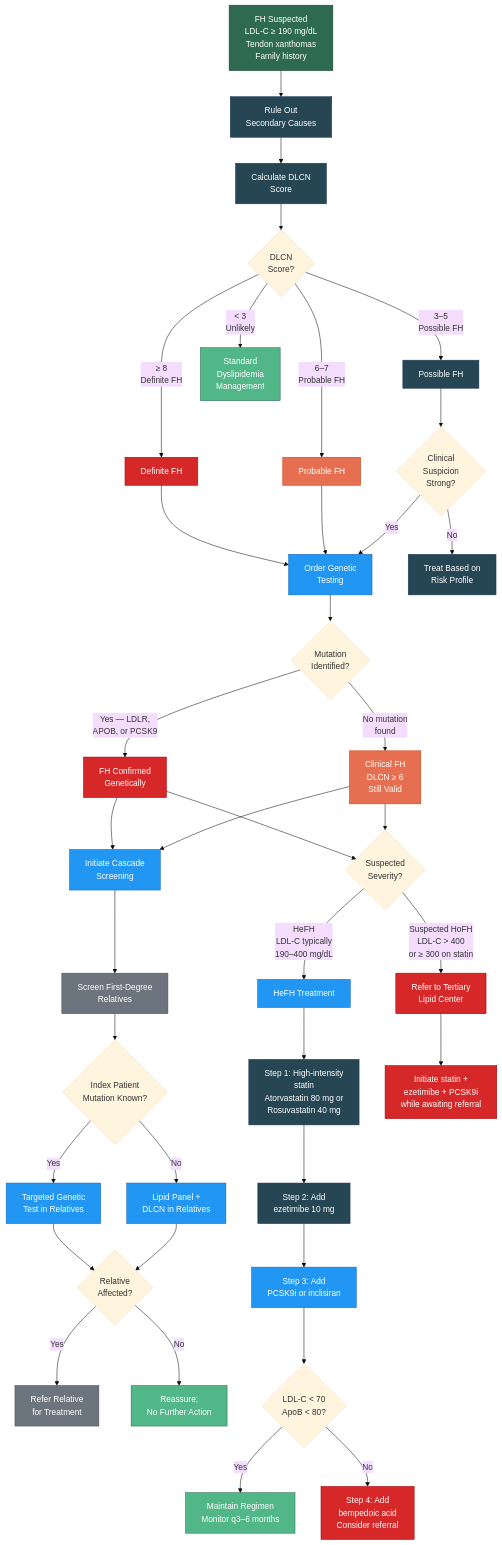
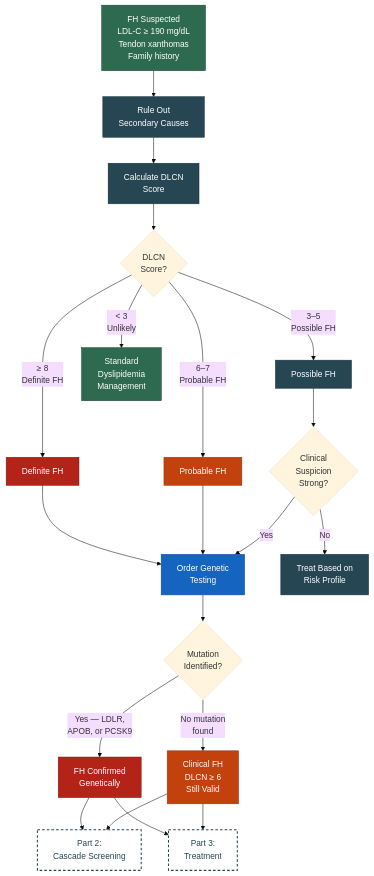
One commit to gkoromia/sandusky-dyslipidemia-model changed the first of 3 diagrams in docs/workflows/fh-pathway-flow.md. Above: the diagram before and after it, drawn with Mermaid (base theme). The commit also changed other lines of this file and 9 other files, not shown here.

First line of the commit message:
Make workflow diagrams readable and polish site navigation

````diff
--- a/docs/workflows/fh-pathway-flow.md
+++ b/docs/workflows/fh-pathway-flow.md
@@ -16,61 +22,38 @@
 ```mermaid
 flowchart TD
-    classDef entry fill:#2d6a4f,stroke:#1b4332,color:#ffffff
-    classDef assess fill:#264653,stroke:#1d3557,color:#ffffff
-    classDef caution fill:#e76f51,stroke:#c1440e,color:#ffffff
-    classDef urgent fill:#d62828,stroke:#9d0208,color:#ffffff
-    classDef admin fill:#6c757d,stroke:#495057,color:#ffffff
-    classDef outcome fill:#2196F3,stroke:#1565C0,color:#ffffff
-    classDef success fill:#52b788,stroke:#2d6a4f,color:#ffffff
+    classDef entry fill:#2d6a4f,stroke:#1b4332,color:#fff
+    classDef assess fill:#264653,stroke:#16303a,color:#fff
+    classDef treat fill:#1565c0,stroke:#0d47a1,color:#fff
+    classDef caution fill:#c2410c,stroke:#9a3412,color:#fff
+    classDef urgent fill:#b42318,stroke:#7a1a12,color:#fff
+    classDef admin fill:#5f6770,stroke:#454c53,color:#fff
+    classDef link fill:#fff,stroke:#264653,stroke-width:2px,stroke-dasharray:5 4,color:#264653
 
-    TRIGGER[FH Suspected\nLDL-C ≥ 190 mg/dL\nTendon xanthomas\nFamily history]:::entry
+    TRIGGER[FH Suspected<br>LDL-C ≥ 190 mg/dL<br>Tendon xanthomas<br>Family history]:::entry
 
-    TRIGGER --> SECONDARY[Rule Out\nSecondary Causes]:::assess
-    SECONDARY --> DLCN[Calculate DLCN\nScore]:::assess
+    TRIGGER --> SECONDARY[Rule Out<br>Secondary Causes]:::assess
+    SECONDARY --> DLCN[Calculate DLCN<br>Score]:::assess
 
-    DLCN --> SCORE{DLCN\nScore?}
+    DLCN --> SCORE{DLCN<br>Score?}
 
-    SCORE -->|≥ 8\nDefinite FH| DEFINITE[Definite FH]:::urgent
-    SCORE -->|6–7\nProbable FH| PROBABLE[Probable FH]:::caution
-    SCORE -->|3–5\nPossible FH| POSSIBLE[Possible FH]:::assess
-    SCORE -->|< 3\nUnlikely| STANDARD[Standard\nDyslipidemia\nManagement]:::success
+    SCORE -->|≥ 8<br>Definite FH| DEFINITE[Definite FH]:::urgent
+    SCORE -->|6–7<br>Probable FH| PROBABLE[Probable FH]:::caution
+    SCORE -->|3–5<br>Possible FH| POSSIBLE[Possible FH]:::assess
+    SCORE -->|"&lt; 3<br>Unlikely"| STANDARD[Standard<br>Dyslipidemia<br>Management]:::entry
 
-    DEFINITE --> GENETIC[Order Genetic\nTesting]:::outcome
+    DEFINITE --> GENETIC[Order Genetic<br>Testing]:::treat
     PROBABLE --> GENETIC
-    POSSIBLE --> CONSIDER{Clinical\nSuspicion\nStrong?}
+    POSSIBLE --> CONSIDER{Clinical<br>Suspicion<br>Strong?}
     CONSIDER -->|Yes| GENETIC
-    CONSIDER -->|No| TREATPOSS[Treat Based on\nRisk Profile]:::assess
+    CONSIDER -->|No| TREATPOSS[Treat Based on<br>Risk Profile]:::assess
 
-    GENETIC --> RESULT{Mutation\nIdentified?}
+    GENETIC --> RESULT{Mutation<br>Identified?}
 
-    RESULT -->|Yes — LDLR,\nAPOB, or PCSK9| CONFIRMED[FH Confirmed\nGenetically]:::urgent
-    RESULT -->|No mutation\nfound| CLINICAL[Clinical FH\nDLCN ≥ 6\nStill Valid]:::caution
+    RESULT -->|Yes — LDLR,<br>APOB, or PCSK9| CONFIRMED[FH Confirmed<br>Genetically]:::urgent
+    RESULT -->|No mutation<br>found| CLINICAL[Clinical FH<br>DLCN ≥ 6<br>Still Valid]:::caution
 
-    CONFIRMED --> CASCADE[Initiate Cascade\nScreening]:::outcome
-    CLINICAL --> CASCADE
-
-    CASCADE --> FAMILY[Screen First-Degree\nRelatives]:::admin
-    FAMILY --> FAMMETHOD{Index Patient\nMutation Known?}
-    FAMMETHOD -->|Yes| TARGETED[Targeted Genetic\nTest in Relatives]:::outcome
-    FAMMETHOD -->|No| LIPIDSCREEN[Lipid Panel +\nDLCN in Relatives]:::outcome
-
-    TARGETED --> FAMRESULT{Relative\nAffected?}
-    LIPIDSCREEN --> FAMRESULT
-    FAMRESULT -->|Yes| FAMREFER[Refer Relative\nfor Treatment]:::admin
-    FAMRESULT -->|No| FAMCLEAR[Reassure;\nNo Further Action]:::success
-
-    CONFIRMED --> SEVERITY{Suspected\nSeverity?}
-    CLINICAL --> SEVERITY
-
-    SEVERITY -->|HeFH\nLDL-C typically\n190–400 mg/dL| HEFH_TX[HeFH Treatment]:::outcome
-    SEVERITY -->|Suspected HoFH\nLDL-C > 400\nor ≥ 300 on statin| HOFH[Refer to Tertiary\nLipid Center]:::urgent
-
-    HEFH_TX --> TX1[Step 1: High-intensity\nstatin\nAtorvastatin 80 mg or\nRosuvastatin 40 mg]:::assess
-    TX1 --> TX2[Step 2: Add\nezetimibe 10 mg]:::assess
-    TX2 --> TX3[Step 3: Add\nPCSK9i or inclisiran]:::outcome
-    TX3 --> GOAL{LDL-C < 70\nApoB < 80?}
-    GOAL -->|Yes| MAINTAIN[Maintain Regimen\nMonitor q3–6 months]:::success
-    GOAL -->|No| TX4[Step 4: Add\nbempedoic acid\nConsider referral]:::urgent
-
-    HOFH --> HOFH_INIT[Initiate statin +\nezetimibe + PCSK9i\nwhile awaiting referral]:::urgent
+    CONFIRMED --> P2[Part 2:<br>Cascade Screening]:::link
+    CONFIRMED --> P3[Part 3:<br>Treatment]:::link
+    CLINICAL --> P2
+    CLINICAL --> P3
 ```
````
